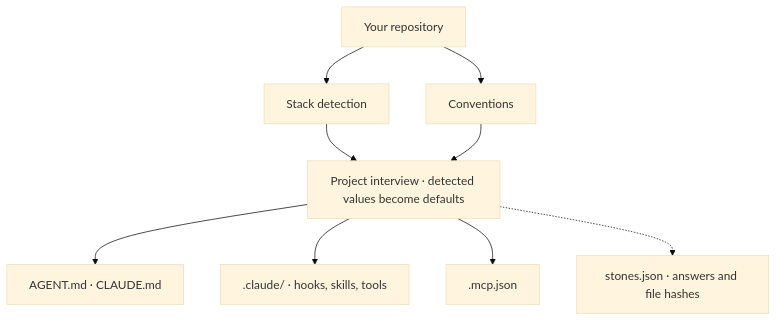
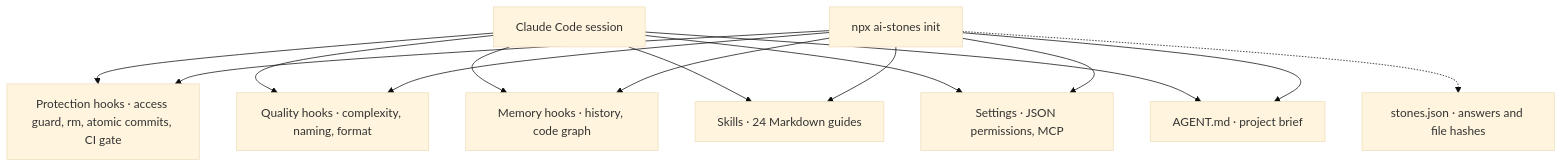
Before and after one commit to alouani-youssef/portfolio: the diagram in src/content/projects/en/ai-stones.mdx, drawn with Mermaid (base theme). The commit also changed other lines of this file and 5 other files, not shown here.

Commit message:
fix: present AI Stones as an AI harness of skills, hooks and settings

````diff
--- a/src/content/projects/en/ai-stones.mdx
+++ b/src/content/projects/en/ai-stones.mdx
@@ -36,10 +37,11 @@
 ```mermaid
 flowchart TB
-  repo[Your repository] --> detect[Stack detection]
-  repo --> conv[Conventions]
-  detect & conv --> ask[Project interview · detected values become defaults]
-  ask --> brief[AGENT.md · CLAUDE.md]
-  ask --> claude[.claude/ · hooks, skills, tools]
-  ask --> mcp[.mcp.json]
-  ask -.-> state[stones.json · answers and file hashes]
+  session[Claude Code session] --> protect[Protection hooks · access guard, rm, atomic commits, CI gate]
+  session --> quality[Quality hooks · complexity, naming, format]
+  session --> memory[Memory hooks · history, code graph]
+  session --> skills[Skills · 24 Markdown guides]
+  session --> settings[Settings · JSON permissions, MCP]
+  session --> brief[AGENT.md · project brief]
+  init[npx ai-stones init] --> protect & quality & memory & skills & settings & brief
+  init -.-> state[stones.json · answers and file hashes]
 ```
````
